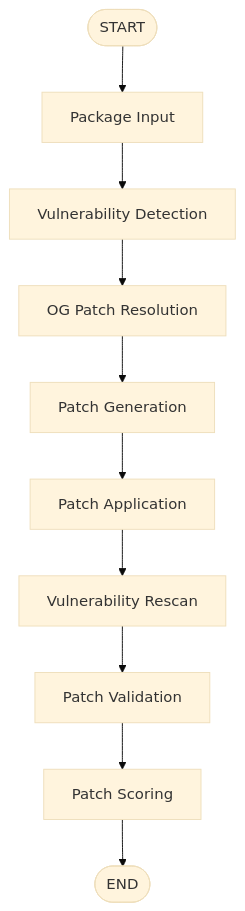
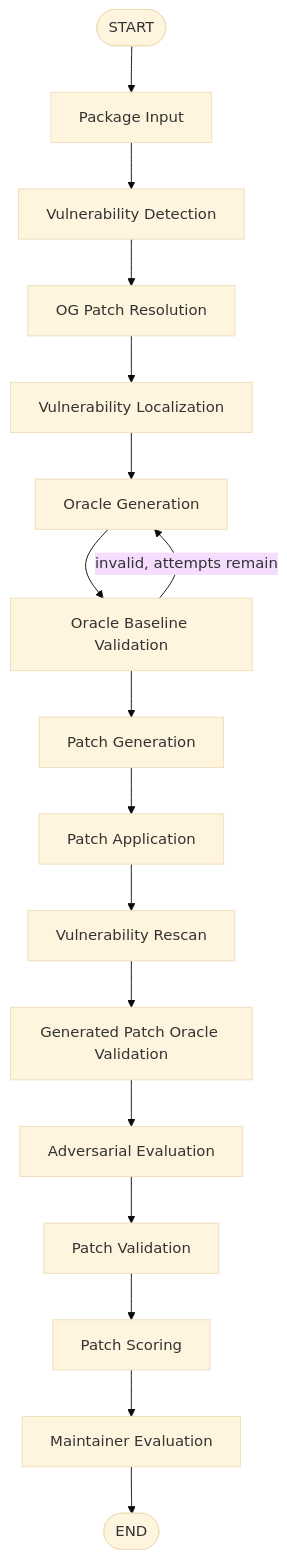
The diagram in README.md (shirosensei02/FYP), drawn with Mermaid (base theme) before and after one commit. The commit also changed other lines of this file and 14 other files, not shown here.

````diff
--- a/README.md
+++ b/README.md
@@ -17,12 +17,19 @@
 ```mermaid
 graph TD
     __start__([START]) --> package_input_node[Package Input]
     package_input_node --> vulnerability_detection_node[Vulnerability Detection]
     vulnerability_detection_node --> og_patch_resolution_node[OG Patch Resolution]
-    og_patch_resolution_node --> patch_generation_node[Patch Generation]
+    og_patch_resolution_node --> vulnerability_localization_node[Vulnerability Localization]
+    vulnerability_localization_node --> oracle_generation_node[Oracle Generation]
+    oracle_generation_node --> oracle_validation_node[Oracle Baseline Validation]
+    oracle_validation_node -->|invalid, attempts remain| oracle_generation_node
+    oracle_validation_node --> patch_generation_node[Patch Generation]
     patch_generation_node --> patch_application_node[Patch Application]
     patch_application_node --> vulnerability_rescan_node[Vulnerability Rescan]
-    vulnerability_rescan_node --> patch_validation_node[Patch Validation]
+    vulnerability_rescan_node --> generated_patch_oracle_validation_node[Generated Patch Oracle Validation]
+    generated_patch_oracle_validation_node --> adversarial_evaluation_node[Adversarial Evaluation]
+    adversarial_evaluation_node --> patch_validation_node[Patch Validation]
     patch_validation_node --> patch_scoring_node[Patch Scoring]
-    patch_scoring_node --> __end__([END])
+    patch_scoring_node --> maintainer_eval_node[Maintainer Evaluation]
+    maintainer_eval_node --> __end__([END])
 ```
````
